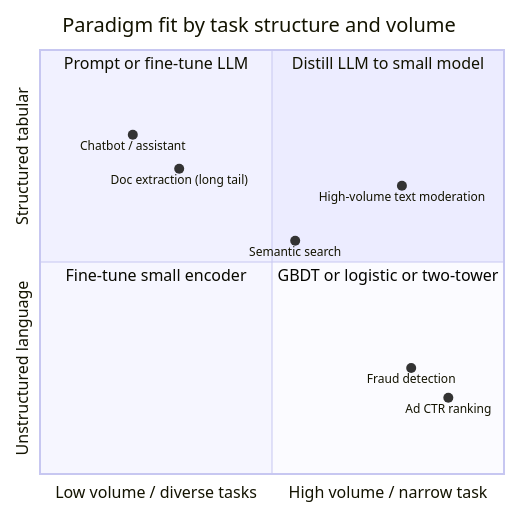
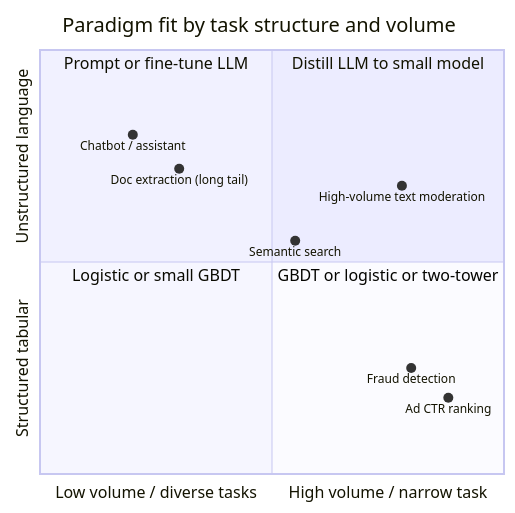
The first of 4 diagrams in src/main/java/com/rutik/systemdesign/ml/ml_system_design/classical_ml_vs_llm.md (rppol/system-design), drawn with Mermaid before and after one commit. The commit also changed other lines of this file and 96 other files, not shown here.

````diff
--- a/src/main/java/com/rutik/systemdesign/ml/ml_system_design/classical_ml_vs_llm.md
+++ b/src/main/java/com/rutik/systemdesign/ml/ml_system_design/classical_ml_vs_llm.md
@@ -77,16 +79,16 @@
 ```mermaid
 quadrantChart
     title Paradigm fit by task structure and volume
     x-axis "Low volume / diverse tasks" --> "High volume / narrow task"
-    y-axis "Unstructured language" --> "Structured tabular"
+    y-axis "Structured tabular" --> "Unstructured language"
     quadrant-1 "Distill LLM to small model"
     quadrant-2 "Prompt or fine-tune LLM"
-    quadrant-3 "Fine-tune small encoder"
+    quadrant-3 "Logistic or small GBDT"
     quadrant-4 "GBDT or logistic or two-tower"
     "Chatbot / assistant": [0.20, 0.80]
     "Doc extraction (long tail)": [0.30, 0.72]
     "High-volume text moderation": [0.78, 0.68]
     "Ad CTR ranking": [0.88, 0.18]
     "Fraud detection": [0.80, 0.25]
     "Semantic search": [0.55, 0.55]
 ```
````
